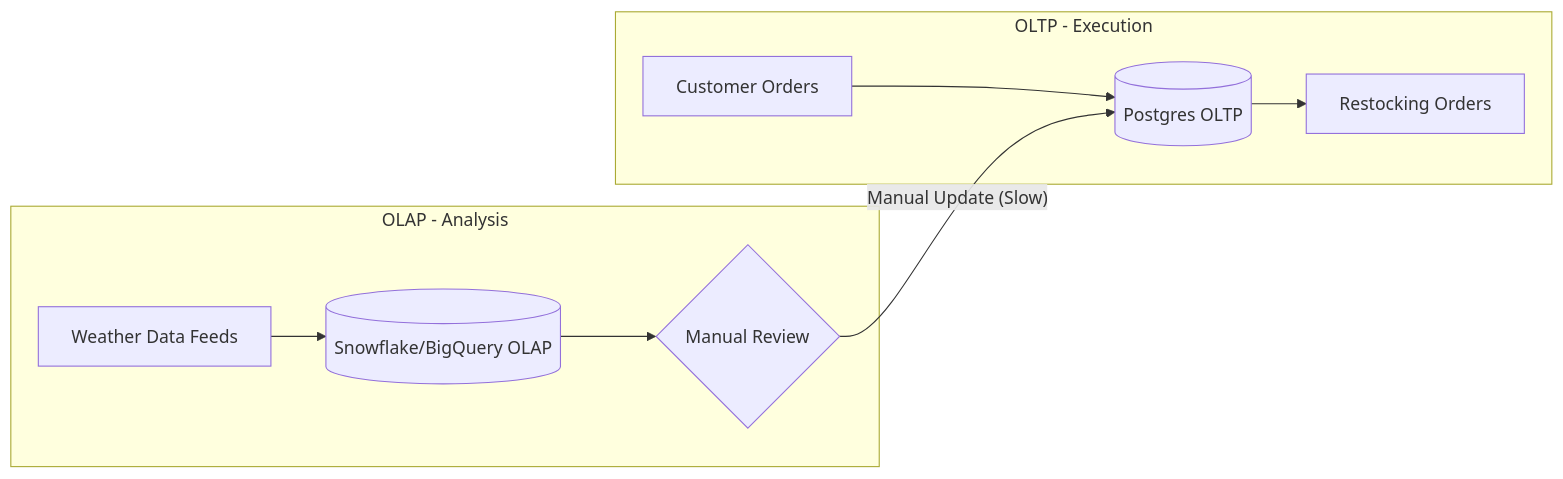
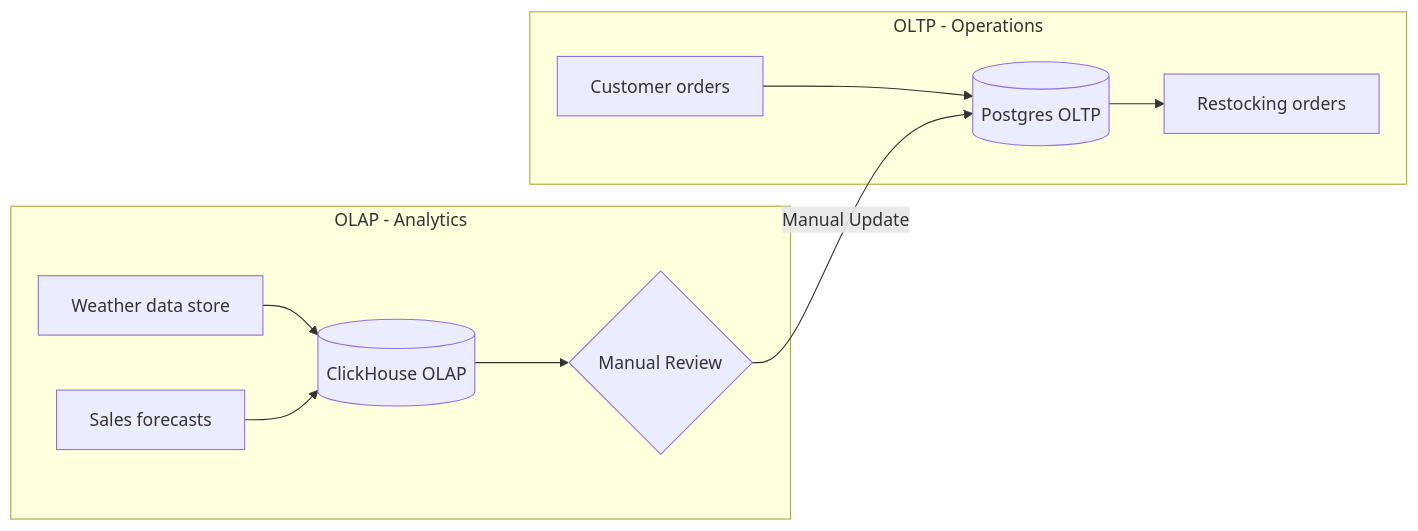
One commit to dilipwarrier/public changed the second of 3 diagrams in research/CDC_for_weather_changes.org. Above: the diagram before and after it, drawn with Mermaid. The commit also changed other lines of this file and 8 other files, not shown here.

```diff
--- a/research/CDC_for_weather_changes.org
+++ b/research/CDC_for_weather_changes.org
@@ -54,14 +51,15 @@
-#+BEGIN_SRC mermaid :file status_quo_architecture.png
+#+BEGIN_SRC mermaid :file status_quo_architecture.png :exports results
 graph LR
-    subgraph Operational_Environment [OLTP - Execution]
-    A[Customer Orders] --> B[(Postgres OLTP)]
-    B --> C[Restocking Orders]
+    subgraph Operational_Environment [OLTP - Operations]
+    A[Customer orders] --> B[(Postgres OLTP)]
+    B --> C[Restocking orders]
     end
 
-    subgraph Analytical_Environment [OLAP - Analysis]
-    D[Weather Data Feeds] --> E[(Snowflake/BigQuery OLAP)]
+    subgraph Analytical_Environment [OLAP - Analytics]
+    D[Weather data store] --> E[(ClickHouse OLAP)]
+    G[Sales forecasts] --> E
     E --> F{Manual Review}
     end
 
-    F -- "Manual Update (Slow)" --> B
+    F -- "Manual Update" --> B
 #+END_SRC
```
